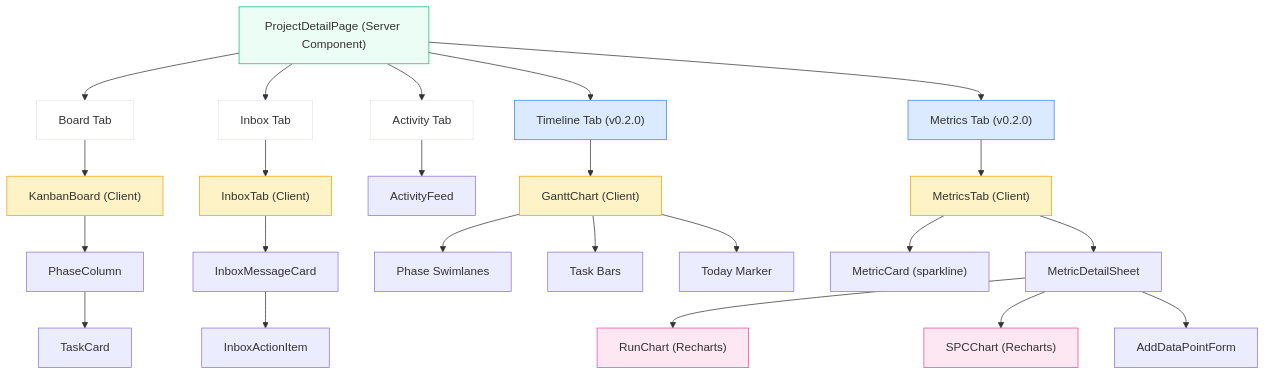
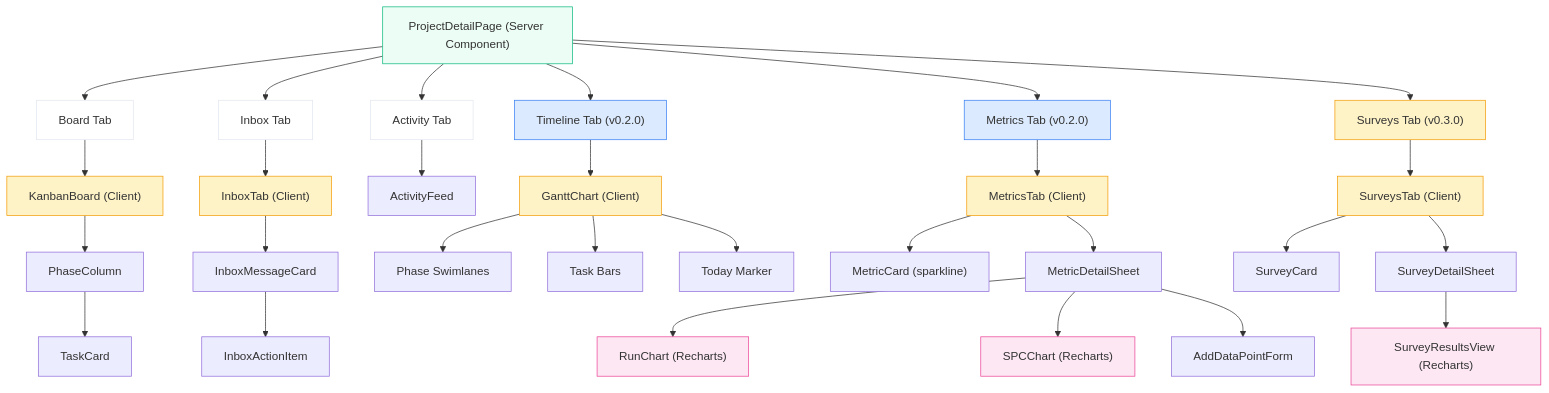
One commit to akbarherekar/QIapp changed diagram 12 of 15 in docs/diagrams.md. Above: the diagram before and after it, drawn with Mermaid. The commit also changed other lines of this file and 30 other files, not shown here.

````diff
--- a/docs/diagrams.md
+++ b/docs/diagrams.md
@@ -611,45 +678,54 @@
 ```mermaid
 graph TD
     PD["ProjectDetailPage (Server Component)"]
 
     PD --> T1["Board Tab"]
     PD --> T2["Inbox Tab"]
     PD --> T3["Activity Tab"]
     PD --> T4["Timeline Tab (v0.2.0)"]
     PD --> T5["Metrics Tab (v0.2.0)"]
+    PD --> T6["Surveys Tab (v0.3.0)"]
 
     T1 --> KB["KanbanBoard (Client)"]
     KB --> PC["PhaseColumn"]
     PC --> TC["TaskCard"]
 
     T2 --> IT["InboxTab (Client)"]
     IT --> MC["InboxMessageCard"]
     MC --> AI["InboxActionItem"]
 
     T3 --> AF["ActivityFeed"]
 
     T4 --> GC["GanttChart (Client)"]
     GC --> PS["Phase Swimlanes"]
     GC --> TB["Task Bars"]
     GC --> TM["Today Marker"]
 
     T5 --> MTab["MetricsTab (Client)"]
     MTab --> MCa["MetricCard (sparkline)"]
     MTab --> MDS["MetricDetailSheet"]
     MDS --> RCh["RunChart (Recharts)"]
     MDS --> SPCh["SPCChart (Recharts)"]
     MDS --> ADP["AddDataPointForm"]
 
+    T6 --> STab["SurveysTab (Client)"]
+    STab --> SCa["SurveyCard"]
+    STab --> SDS["SurveyDetailSheet"]
+    SDS --> SRV["SurveyResultsView (Recharts)"]
+
     style PD fill:#ecfdf5,stroke:#10b981
     style T1 fill:#fff,stroke:#e2e8f0
     style T2 fill:#fff,stroke:#e2e8f0
     style T3 fill:#fff,stroke:#e2e8f0
     style T4 fill:#dbeafe,stroke:#3b82f6
     style T5 fill:#dbeafe,stroke:#3b82f6
+    style T6 fill:#fef3c7,stroke:#f59e0b
     style KB fill:#fef3c7,stroke:#f59e0b
     style IT fill:#fef3c7,stroke:#f59e0b
     style GC fill:#fef3c7,stroke:#f59e0b
     style MTab fill:#fef3c7,stroke:#f59e0b
+    style STab fill:#fef3c7,stroke:#f59e0b
     style RCh fill:#fce7f3,stroke:#ec4899
     style SPCh fill:#fce7f3,stroke:#ec4899
+    style SRV fill:#fce7f3,stroke:#ec4899
 ```
````
